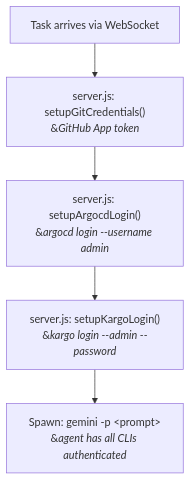
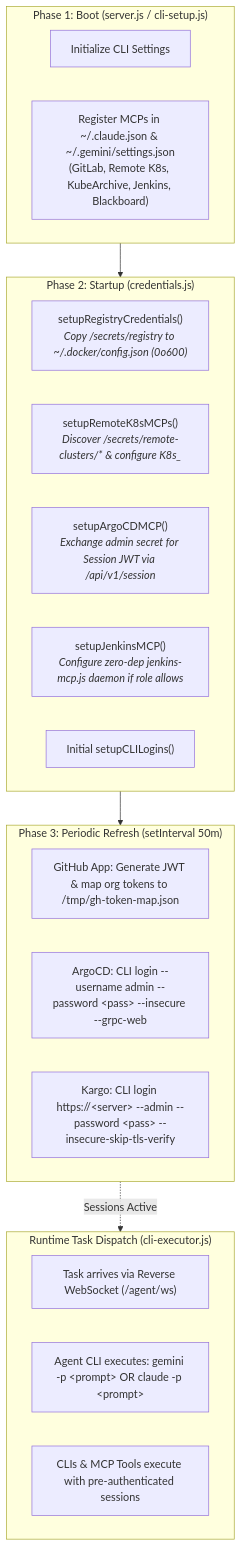
One commit to The-Darwin-Project/Blackboard changed the diagram in docs/README.md. Above: the diagram before and after it, drawn with Mermaid. The commit also changed other lines of this file and 8 other files, not shown here.

````diff
--- a/docs/README.md
+++ b/docs/README.md
@@ -12,10 +28,30 @@
 ```mermaid
 flowchart TD
-    A["Task arrives via WebSocket"]
-    B["server.js: setupGitCredentials()<br/>&#8203;<i>GitHub App token</i>"]
-    C["server.js: setupArgocdLogin()<br/>&#8203;<i>argocd login --username admin</i>"]
-    D["server.js: setupKargoLogin()<br/>&#8203;<i>kargo login --admin --password</i>"]
-    E["Spawn: gemini -p &lt;prompt&gt;<br/>&#8203;<i>agent has all CLIs authenticated</i>"]
+    subgraph Boot ["Phase 1: Boot (server.js / cli-setup.js)"]
+        B1["Initialize CLI Settings"]
+        B2["Register MCPs in ~/.claude.json & ~/.gemini/settings.json<br/>(GitLab, Remote K8s, KubeArchive, Jenkins, Blackboard)"]
+    end
 
-    A --> B --> C --> D --> E
+    subgraph Startup ["Phase 2: Startup (credentials.js)"]
+        S1["setupRegistryCredentials()<br/><i>Copy /secrets/registry to ~/.docker/config.json (0o600)</i>"]
+        S2["setupRemoteK8sMCPs()<br/><i>Discover /secrets/remote-clusters/* & configure K8s_<name></i>"]
+        S3["setupArgoCDMCP()<br/><i>Exchange admin secret for Session JWT via /api/v1/session</i>"]
+        S4["setupJenkinsMCP()<br/><i>Configure zero-dep jenkins-mcp.js daemon if role allows</i>"]
+        S5["Initial setupCLILogins()"]
+    end
+
+    subgraph Background ["Phase 3: Periodic Refresh (setInterval 50m)"]
+        R1["GitHub App: Generate JWT & map org tokens to /tmp/gh-token-map.json"]
+        R2["ArgoCD: CLI login --username admin --password &lt;pass&gt; --insecure --grpc-web"]
+        R3["Kargo: CLI login https://&lt;server&gt; --admin --password &lt;pass&gt; --insecure-skip-tls-verify"]
+    end
+
+    subgraph Dispatch ["Runtime Task Dispatch (cli-executor.js)"]
+        T1["Task arrives via Reverse WebSocket (/agent/ws)"]
+        T2["Agent CLI executes: gemini -p &lt;prompt&gt; OR claude -p &lt;prompt&gt;"]
+        T3["CLIs & MCP Tools execute with pre-authenticated sessions"]
+    end
+
+    Boot --> Startup --> Background
+    Background -.->|Sessions Active| Dispatch
 ```
````
